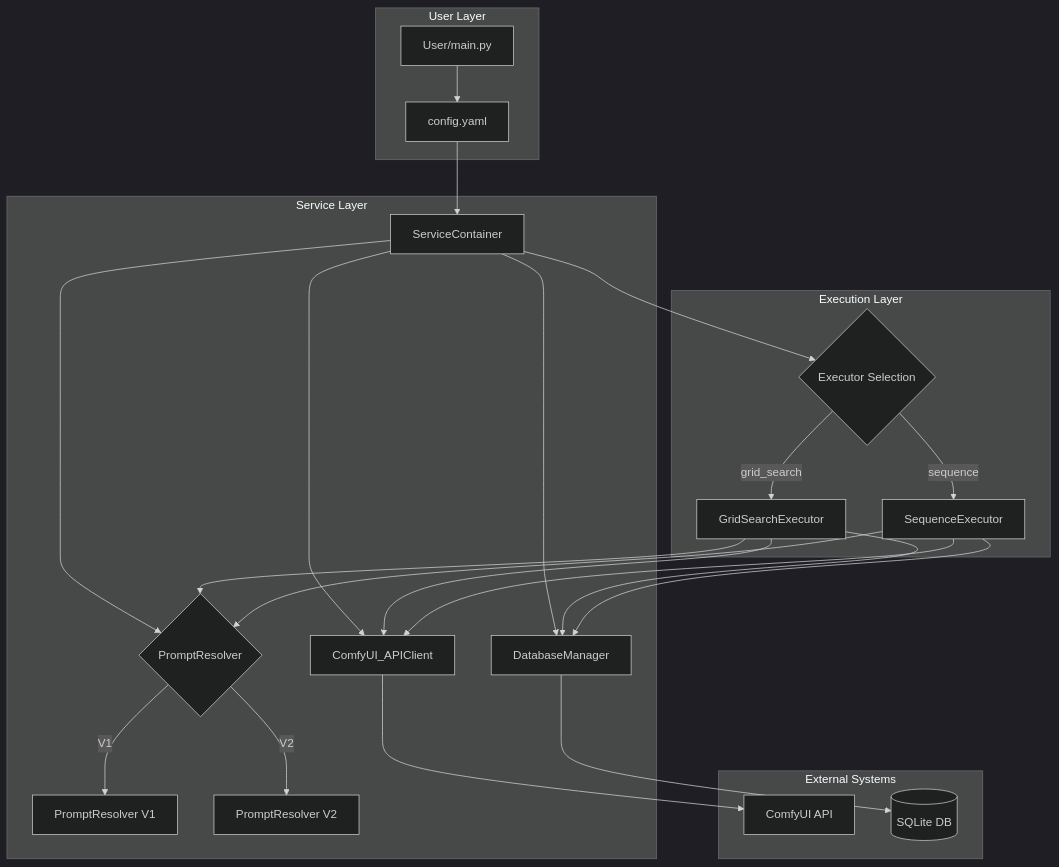
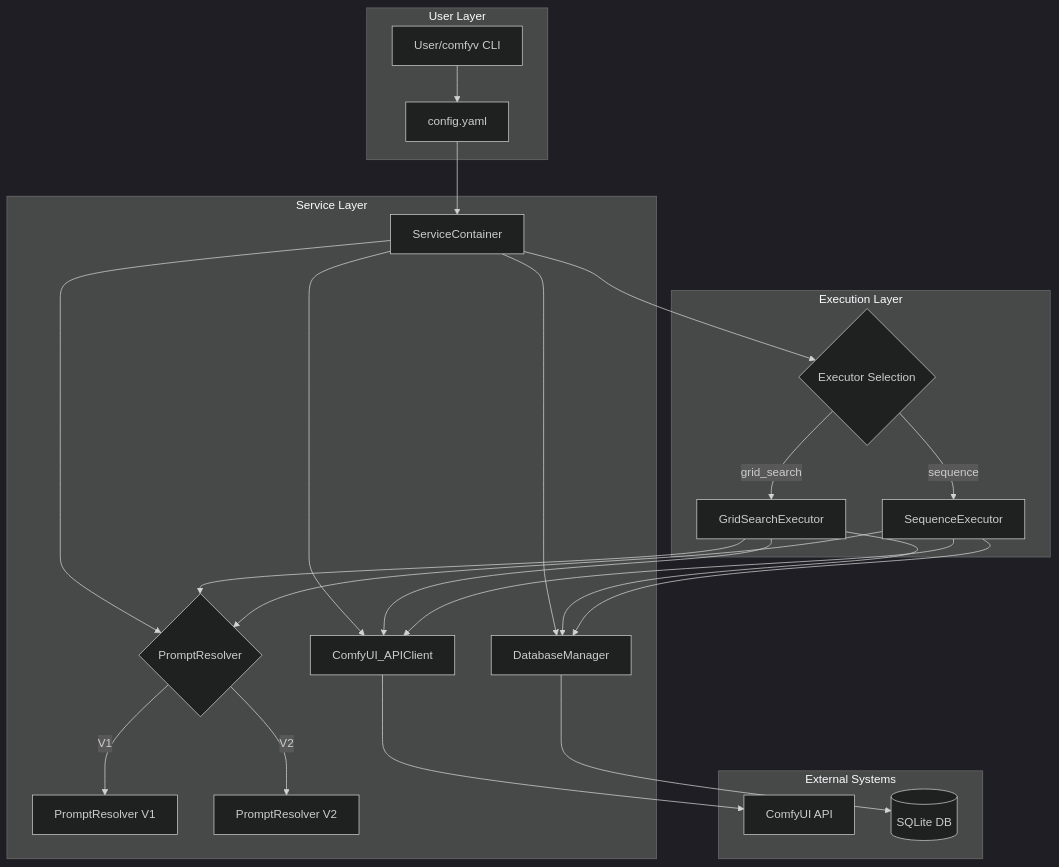
The first of 11 diagrams in documents/design_and_specification.md (koshihikari77/comfyui-client), drawn with Mermaid (dark theme) before and after one commit. The commit also changed other lines of this file and 14 other files, not shown here.

````diff
--- a/documents/design_and_specification.md
+++ b/documents/design_and_specification.md
@@ -153,39 +153,39 @@
 ```mermaid
 graph TB
     subgraph "User Layer"
-        User[User/main.py]
+        User[User/comfyv CLI]
         Config[config.yaml]
     end
     
     subgraph "Service Layer"
         Container[ServiceContainer]
         Container --> DB_MGR[DatabaseManager]
         Container --> API[ComfyUI_APIClient]
         Container --> Resolver{PromptResolver}
         Resolver -->|V1| PR_V1[PromptResolver V1]
         Resolver -->|V2| PR_V2[PromptResolver V2]
     end
     
     subgraph "Execution Layer"
         Executor{Executor Selection}
         Executor -->|grid_search| Grid[GridSearchExecutor]
         Executor -->|sequence| Seq[SequenceExecutor]
     end
     
     subgraph "External Systems"
         ComfyAPI[ComfyUI API]
         DBFILE[(SQLite DB)]
     end
     
     User --> Config
     Config --> Container
     Container --> Executor
     Grid --> Resolver
     Seq --> Resolver
     Grid --> API
     Seq --> API
     API --> ComfyAPI
     DB_MGR --> DBFILE
     Grid --> DB_MGR
     Seq --> DB_MGR
 ```
````
